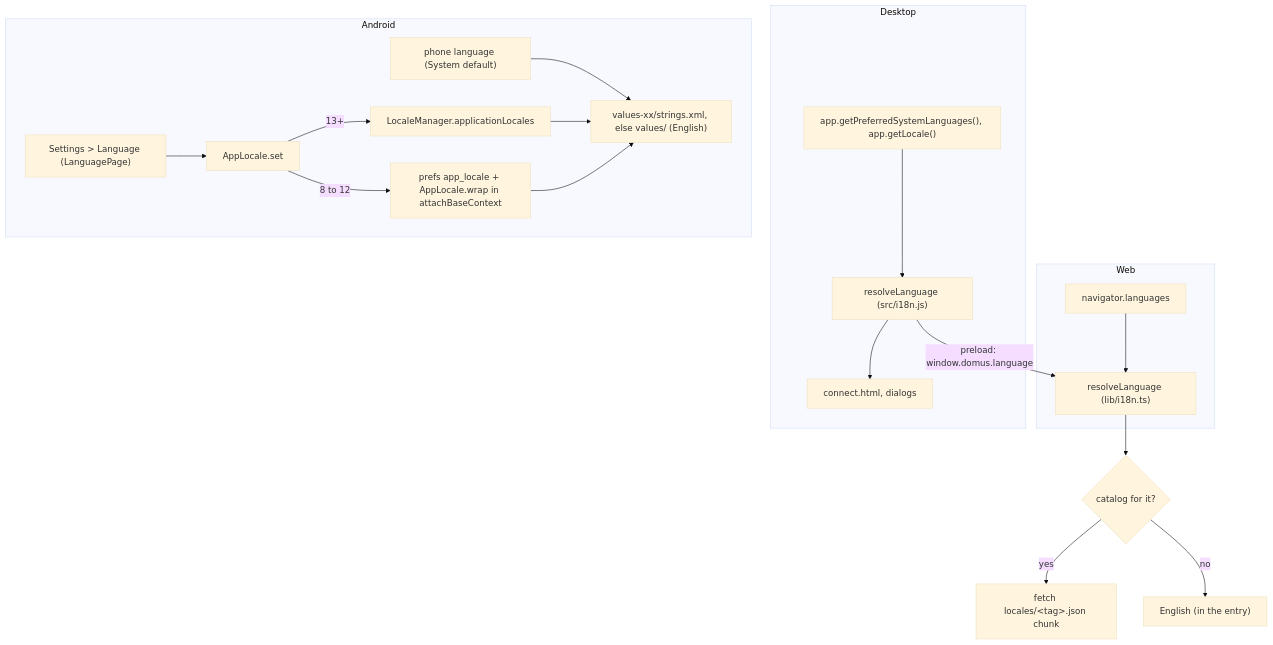
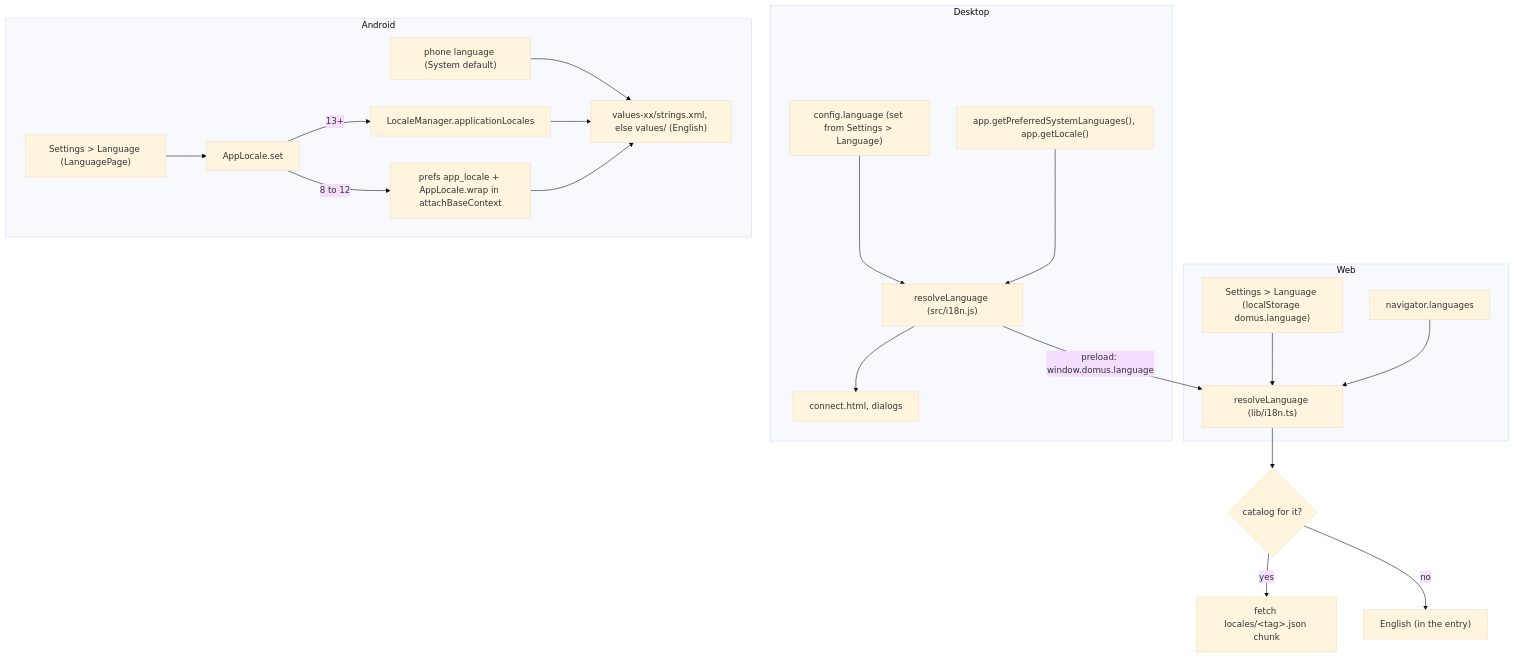
The second of 2 diagrams in development/docs/LOCALIZATION.md (aiyu-ayaan/Domus), drawn with Mermaid (base theme) before and after one commit. The commit also changed other lines of this file and 2 other files, not shown here.

Commit message:
docs(Localization) : Describe the web and desktop language picker and the right-to-left rules

````diff
--- a/development/docs/LOCALIZATION.md
+++ b/development/docs/LOCALIZATION.md
@@ -69,22 +80,24 @@
 ```mermaid
 flowchart TD
     subgraph web["Web"]
+        PICK["Settings > Language (localStorage domus.language)"] --> RW
         NL["navigator.languages"] --> RW["resolveLanguage (lib/i18n.ts)"]
     end
     subgraph desktop["Desktop"]
+        CFG["config.language (set from Settings > Language)"] --> RD
         OS["app.getPreferredSystemLanguages(), app.getLocale()"] --> RD["resolveLanguage (src/i18n.js)"]
         RD -- "preload: window.domus.language" --> RW
         RD --> CH["connect.html, dialogs"]
     end
     RW --> Q{"catalog for it?"}
     Q -- yes --> LAZY["fetch locales/&lt;tag&gt;.json chunk"]
     Q -- no --> EN["English (in the entry)"]
     subgraph android["Android"]
         SET["Settings > Language (LanguagePage)"] --> AL["AppLocale.set"]
         AL -- "13+" --> LM["LocaleManager.applicationLocales"]
         AL -- "8 to 12" --> PREF["prefs app_locale + AppLocale.wrap in attachBaseContext"]
         PH["phone language (System default)"] --> RES
         LM --> RES["values-xx/strings.xml, else values/ (English)"]
         PREF --> RES
     end
 ```
````
